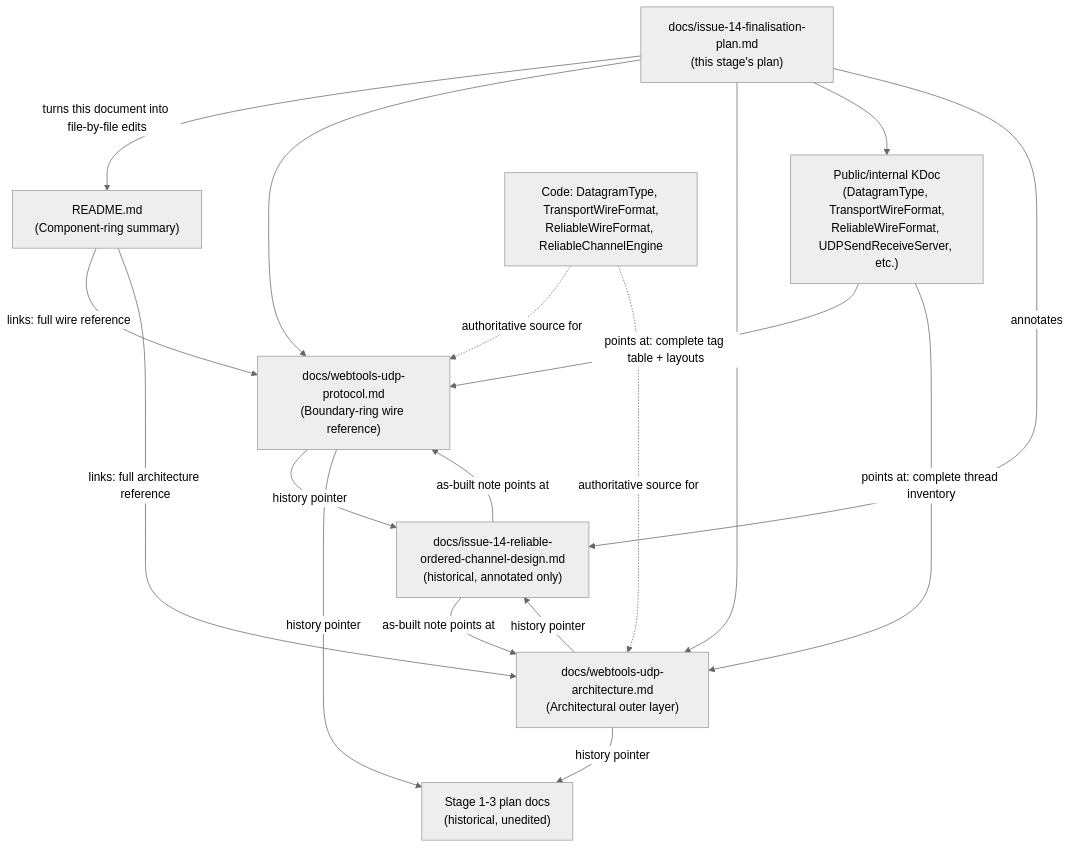
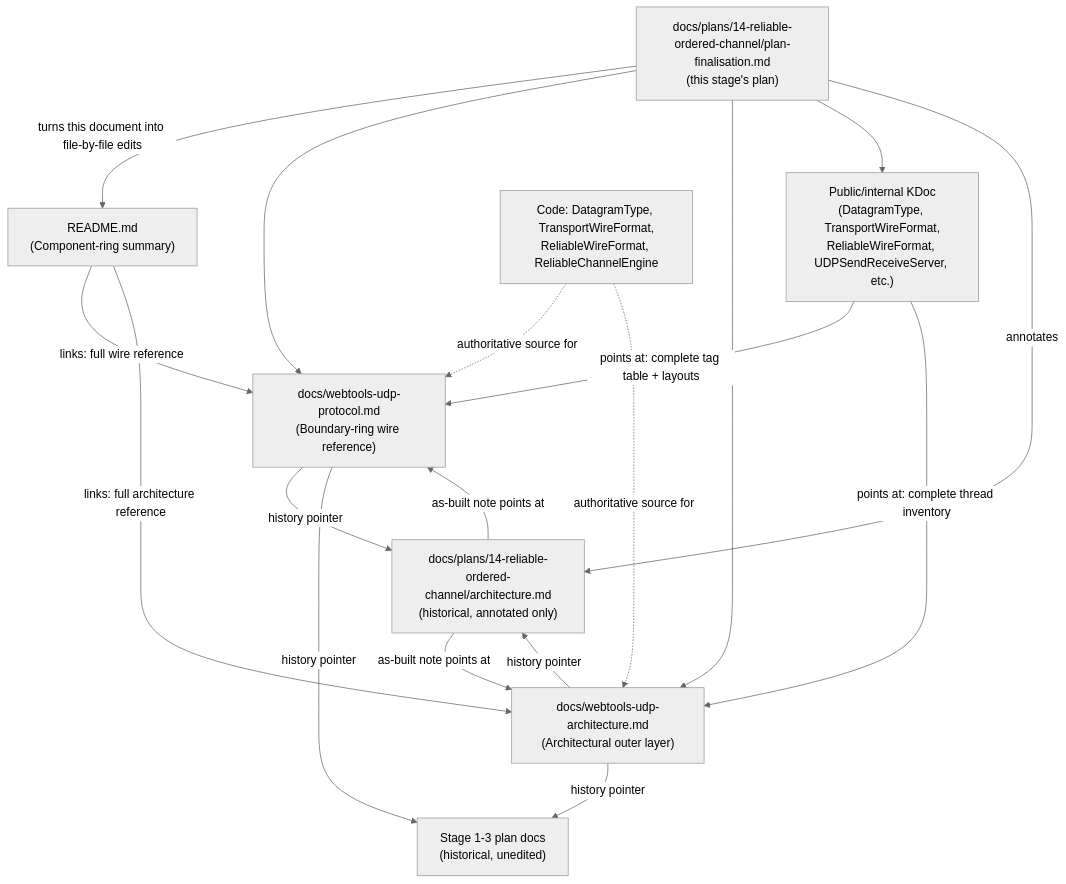
The diagram in docs/plans/14-reliable-ordered-channel/architecture-finalisation.md (SpartanLaboratories/WebTools), drawn with Mermaid (neutral theme) before and after one commit. The commit also changed other lines of this file and 30 other files, not shown here.

````diff
--- a/docs/plans/14-reliable-ordered-channel/architecture-finalisation.md
+++ b/docs/plans/14-reliable-ordered-channel/architecture-finalisation.md
@@ -392,29 +392,29 @@
 ```mermaid
 flowchart TD
     README["README.md<br/>(Component-ring summary)"]
     PROTO["docs/webtools-udp-protocol.md<br/>(Boundary-ring wire reference)"]
     ARCH["docs/webtools-udp-architecture.md<br/>(Architectural outer layer)"]
     KDOC["Public/internal KDoc<br/>(DatagramType, TransportWireFormat,<br/>ReliableWireFormat, UDPSendReceiveServer, etc.)"]
-    DESIGN["docs/issue-14-reliable-ordered-channel-design.md<br/>(historical, annotated only)"]
+    DESIGN["docs/plans/14-reliable-ordered-channel/architecture.md<br/>(historical, annotated only)"]
     PLANS["Stage 1-3 plan docs<br/>(historical, unedited)"]
-    FINPLAN["docs/issue-14-finalisation-plan.md<br/>(this stage's plan)"]
+    FINPLAN["docs/plans/14-reliable-ordered-channel/plan-finalisation.md<br/>(this stage's plan)"]
     CODE["Code: DatagramType, TransportWireFormat,<br/>ReliableWireFormat, ReliableChannelEngine"]
 
     README -->|"links: full wire reference"| PROTO
     README -->|"links: full architecture reference"| ARCH
     KDOC -->|"points at: complete tag table + layouts"| PROTO
     KDOC -->|"points at: complete thread inventory"| ARCH
     DESIGN -->|"as-built note points at"| PROTO
     DESIGN -->|"as-built note points at"| ARCH
     PROTO -->|"history pointer"| DESIGN
     ARCH -->|"history pointer"| DESIGN
     PROTO -->|"history pointer"| PLANS
     ARCH -->|"history pointer"| PLANS
     FINPLAN -->|"turns this document into file-by-file edits"| README
     FINPLAN --> PROTO
     FINPLAN --> ARCH
     FINPLAN --> KDOC
     FINPLAN -->|"annotates"| DESIGN
     CODE -.->|"authoritative source for"| PROTO
     CODE -.->|"authoritative source for"| ARCH
 ```
````
